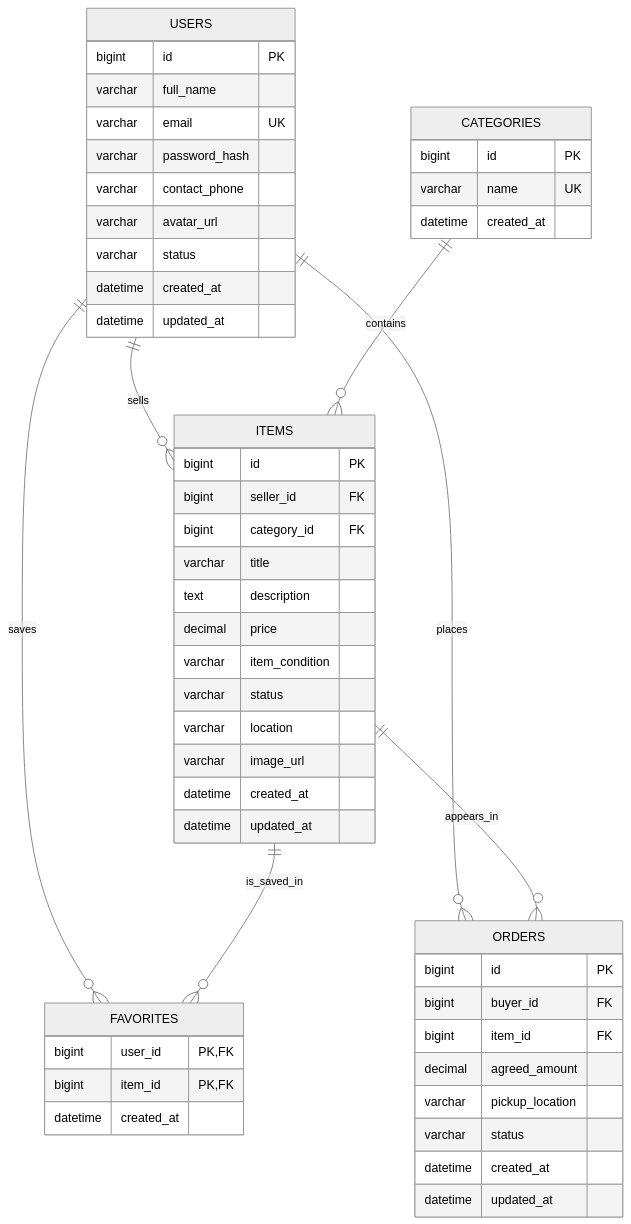
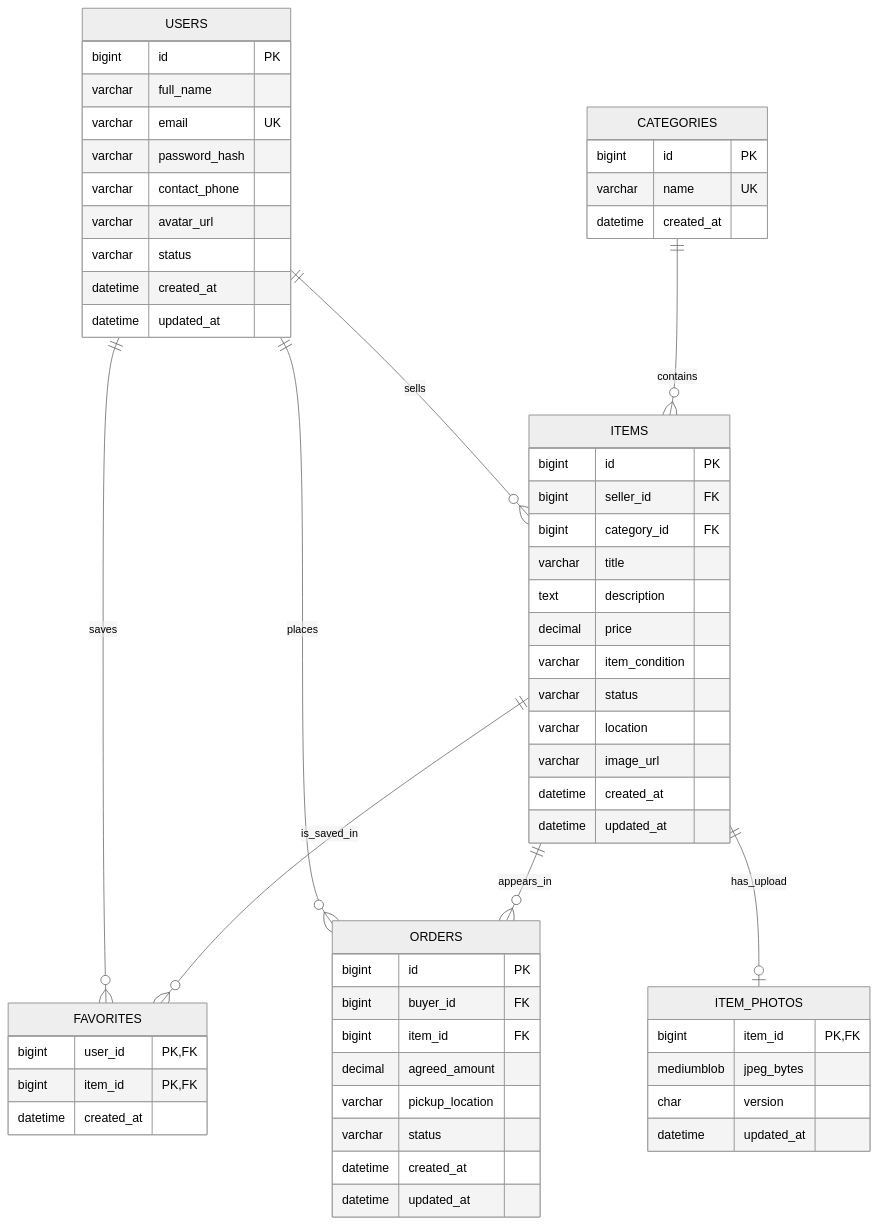
One commit to xianghancheng59-arch/3278_Final changed the diagram in docs/er-diagram.md. Above: the diagram before and after it, drawn with Mermaid (neutral theme). The commit also changed other lines of this file and 31 other files, not shown here.

````diff
--- a/docs/er-diagram.md
+++ b/docs/er-diagram.md
@@ -7,59 +7,67 @@
 ```mermaid
 erDiagram
     USERS ||--o{ ITEMS : sells
     CATEGORIES ||--o{ ITEMS : contains
     USERS ||--o{ FAVORITES : saves
     ITEMS ||--o{ FAVORITES : is_saved_in
     USERS ||--o{ ORDERS : places
     ITEMS ||--o{ ORDERS : appears_in
+    ITEMS ||--o| ITEM_PHOTOS : has_upload
 
     USERS {
         bigint id PK
         varchar full_name
         varchar email UK
         varchar password_hash
         varchar contact_phone
         varchar avatar_url
         varchar status
         datetime created_at
         datetime updated_at
     }
 
     CATEGORIES {
         bigint id PK
         varchar name UK
         datetime created_at
     }
 
     ITEMS {
         bigint id PK
         bigint seller_id FK
         bigint category_id FK
         varchar title
         text description
         decimal price
         varchar item_condition
         varchar status
         varchar location
         varchar image_url
         datetime created_at
         datetime updated_at
     }
 
+    ITEM_PHOTOS {
+        bigint item_id PK, FK
+        mediumblob jpeg_bytes
+        char version
+        datetime updated_at
+    }
+
     FAVORITES {
         bigint user_id PK, FK
         bigint item_id PK, FK
         datetime created_at
     }
 
     ORDERS {
         bigint id PK
         bigint buyer_id FK
         bigint item_id FK
         decimal agreed_amount
         varchar pickup_location
         varchar status
         datetime created_at
         datetime updated_at
     }
 ```
````
